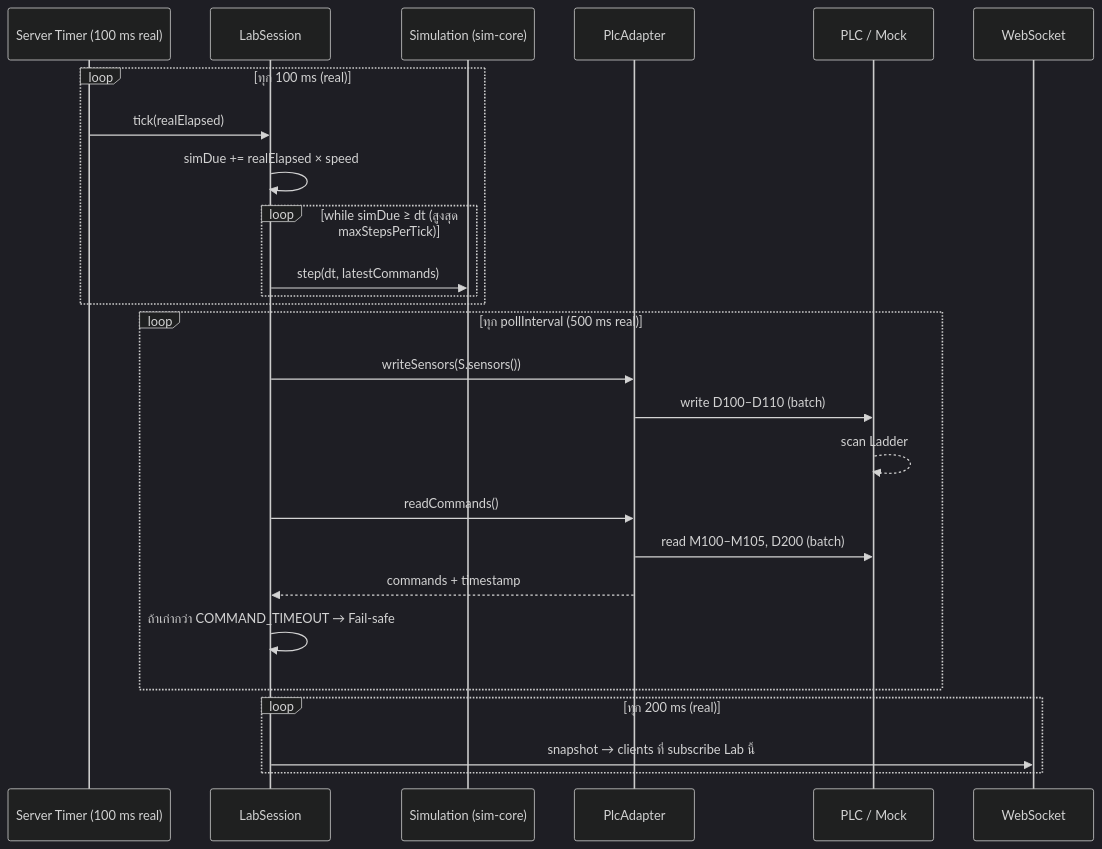
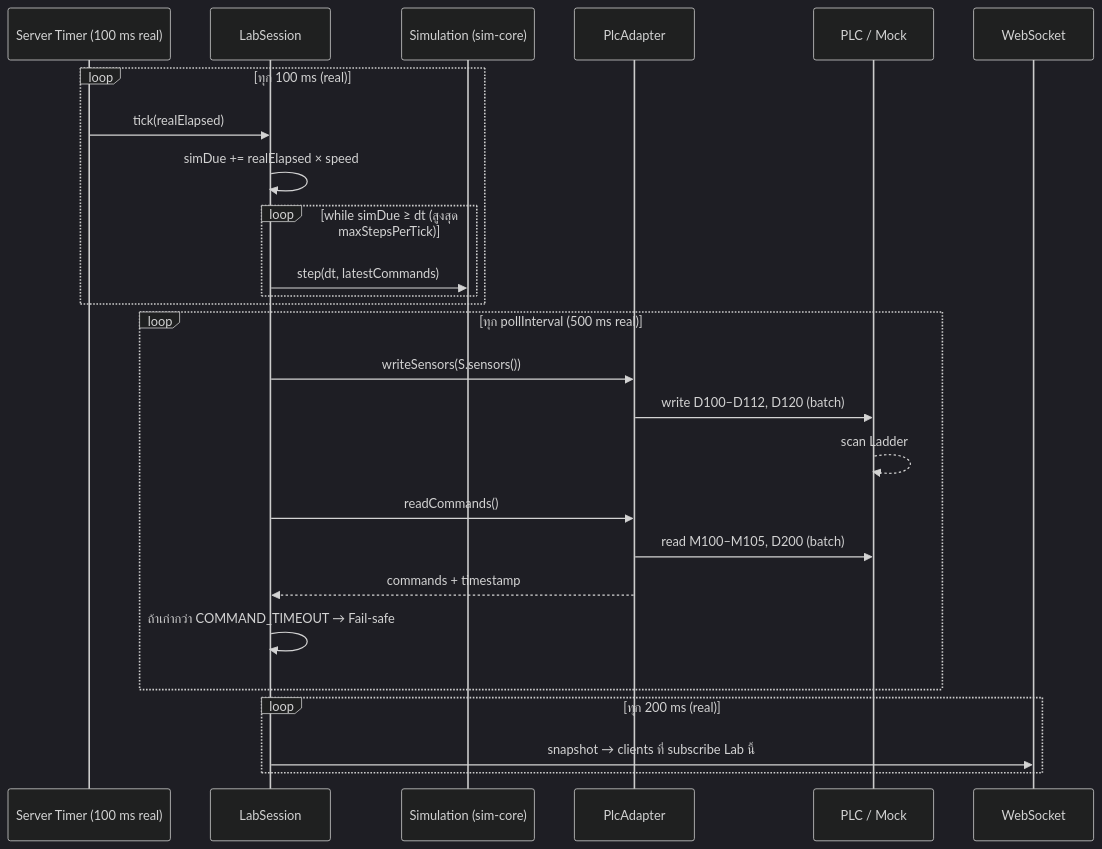
The second of 2 diagrams in docs/ARCHITECTURE.md (aplab-workshop/green-oak-plant-lab), drawn with Mermaid (dark theme) before and after one commit. The commit also changed other lines of this file and 48 other files, not shown here.

````diff
--- a/docs/ARCHITECTURE.md
+++ b/docs/ARCHITECTURE.md
@@ -125,29 +125,29 @@
 ```mermaid
 sequenceDiagram
   participant T as Server Timer (100 ms real)
   participant L as LabSession
   participant S as Simulation (sim-core)
   participant A as PlcAdapter
   participant P as PLC / Mock
   participant W as WebSocket
 
   loop ทุก 100 ms (real)
     T->>L: tick(realElapsed)
     L->>L: simDue += realElapsed × speed
     loop while simDue ≥ dt (สูงสุด maxStepsPerTick)
       L->>S: step(dt, latestCommands)
     end
   end
   loop ทุก pollInterval (500 ms real)
     L->>A: writeSensors(S.sensors())
-    A->>P: write D100–D110 (batch)
+    A->>P: write D100–D112, D120 (batch)
     P-->>P: scan Ladder
     L->>A: readCommands()
     A->>P: read M100–M105, D200 (batch)
     A-->>L: commands + timestamp
     L->>L: ถ้าเก่ากว่า COMMAND_TIMEOUT → Fail-safe
   end
   loop ทุก 200 ms (real)
     L->>W: snapshot → clients ที่ subscribe Lab นี้
   end
 ```
````
